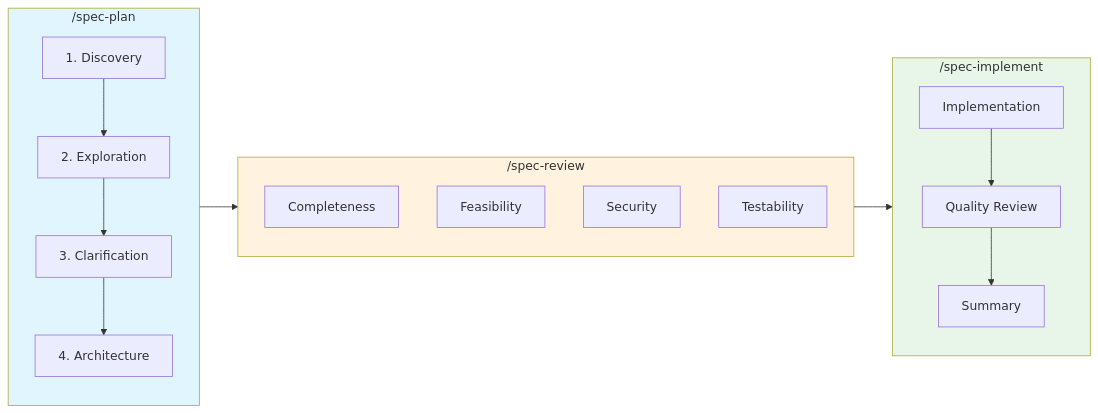
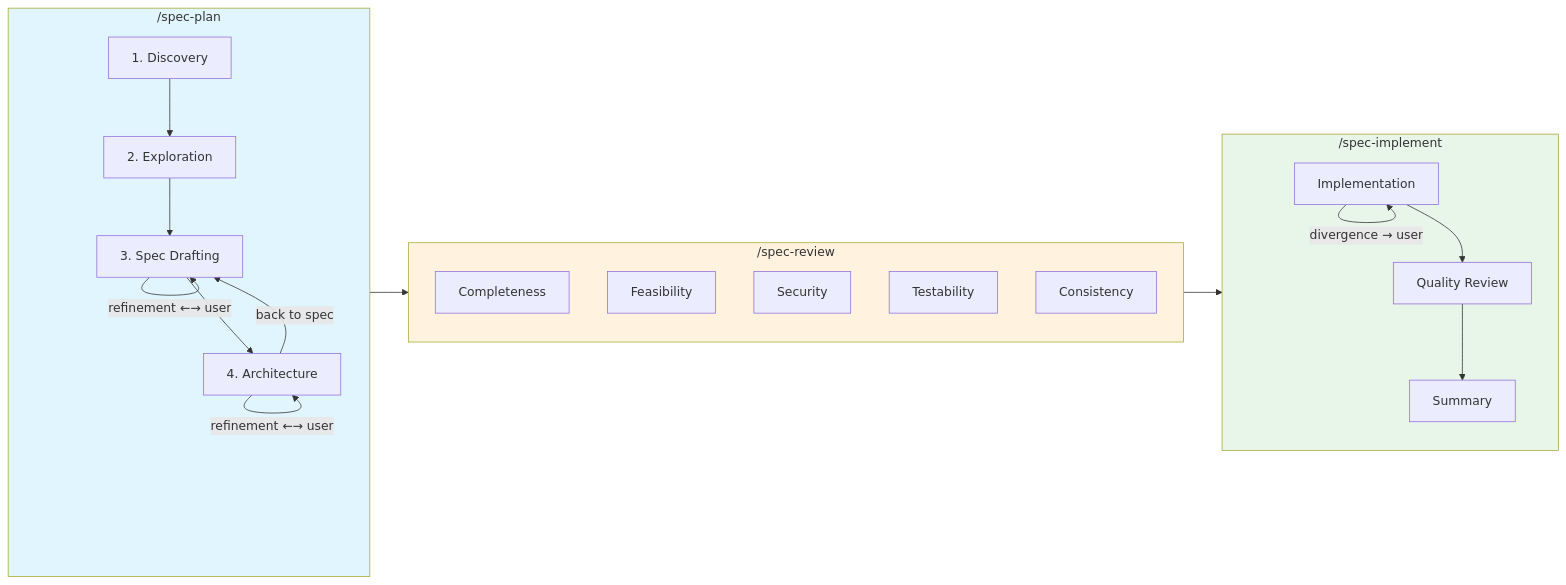
One commit to MysMon/Spec-Workflow-Toolkit changed the diagram in README.md. Above: the diagram before and after it, drawn with Mermaid. The commit also changed other lines of this file and 5 other files, not shown here.

First line of the commit message:
refactor: redesign spec-workflow with feedback loops and honest architecture

````diff
--- a/README.md
+++ b/README.md
@@ -78,19 +79,23 @@
 ```mermaid
 flowchart LR
     subgraph plan["/spec-plan"]
         D[1. Discovery] --> E[2. Exploration]
-        E --> C[3. Clarification]
+        E --> C[3. Spec Drafting]
+        C -->|"refinement ←→ user"| C
         C --> A[4. Architecture]
+        A -->|"refinement ←→ user"| A
+        A -->|"back to spec"| C
     end
     subgraph review["/spec-review"]
-        R1[Completeness] & R2[Feasibility] & R3[Security] & R4[Testability]
+        R1[Completeness] & R2[Feasibility] & R3[Security] & R4[Testability] & R5[Consistency]
     end
     subgraph impl["/spec-implement"]
-        I[Implementation] --> QR[Quality Review] --> S[Summary]
+        I[Implementation] -->|"divergence → user"| I
+        I --> QR[Quality Review] --> S[Summary]
     end
     plan --> review --> impl
 
     style plan fill:#e1f5fe
     style review fill:#fff3e0
     style impl fill:#e8f5e9
 ```
````
